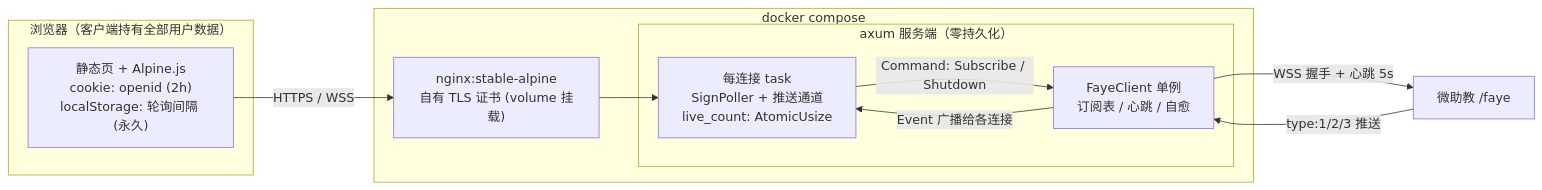
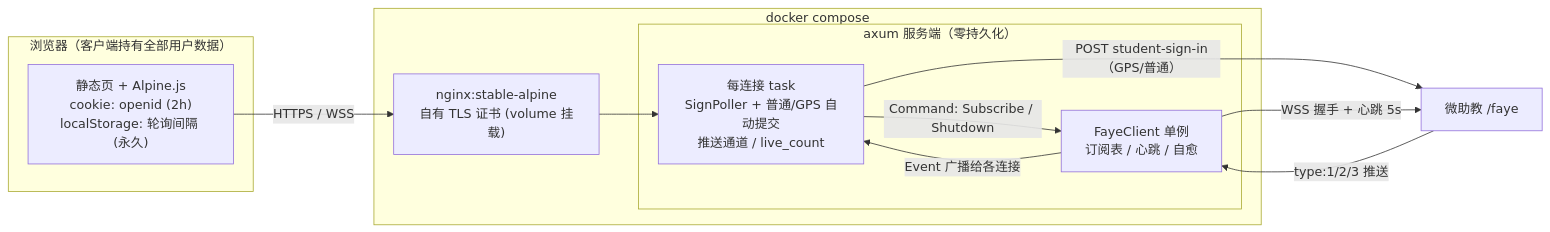
The first of 4 diagrams in docs/DESIGN.md (pjm314159/wei-class), drawn with Mermaid before and after one commit. The commit also changed other lines of this file and 11 other files, not shown here.

````diff
--- a/docs/DESIGN.md
+++ b/docs/DESIGN.md
@@ -48,20 +59,21 @@
 ```mermaid
 flowchart LR
     subgraph B["浏览器（客户端持有全部用户数据）"]
         UI["静态页 + Alpine.js\ncookie: openid (2h)\nlocalStorage: 轮询间隔 (永久)"]
     end
     subgraph C["docker compose"]
         NG["nginx:stable-alpine\n自有 TLS 证书 (volume 挂载)"]
         subgraph A["axum 服务端（零持久化）"]
-            S["每连接 task\nSignPoller + 推送通道\nlive_count: AtomicUsize"]
+            S["每连接 task\nSignPoller + 普通/GPS 自动提交\n推送通道 / live_count"]
             F["FayeClient 单例\n订阅表 / 心跳 / 自愈"]
         end
     end
     TM["微助教 /faye"]
 
     UI -- "HTTPS / WSS" --> NG --> S
     S -- "Command: Subscribe / Shutdown" --> F
+    S -- "POST student-sign-in（GPS/普通）" --> TM
     F -- "WSS 握手 + 心跳 5s" --> TM
     TM -- "type:1/2/3 推送" --> F
     F -- "Event 广播给各连接" --> S
 ```
````
